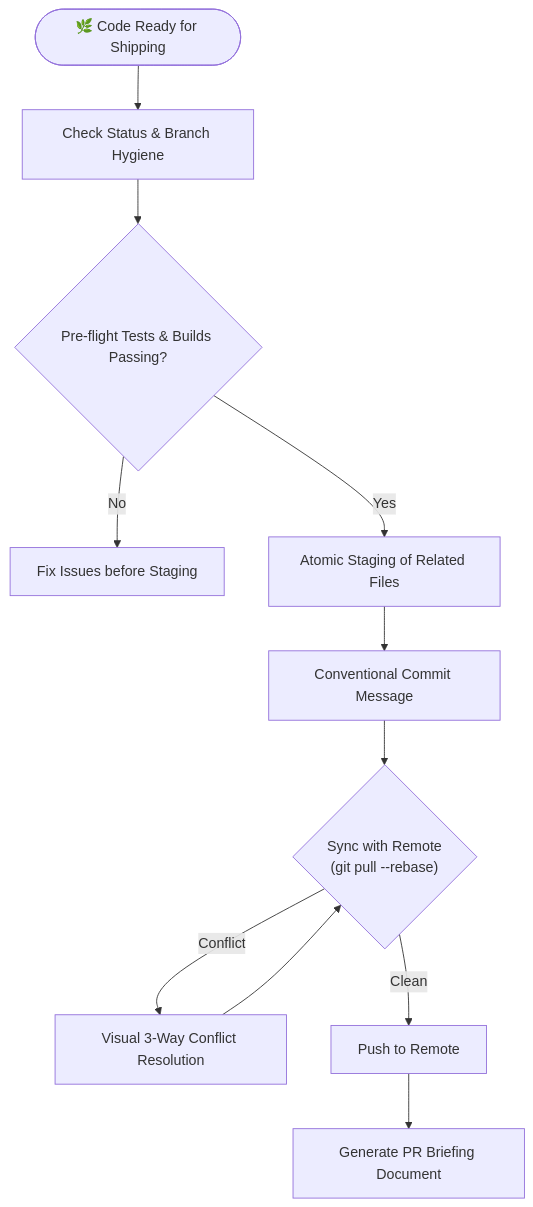
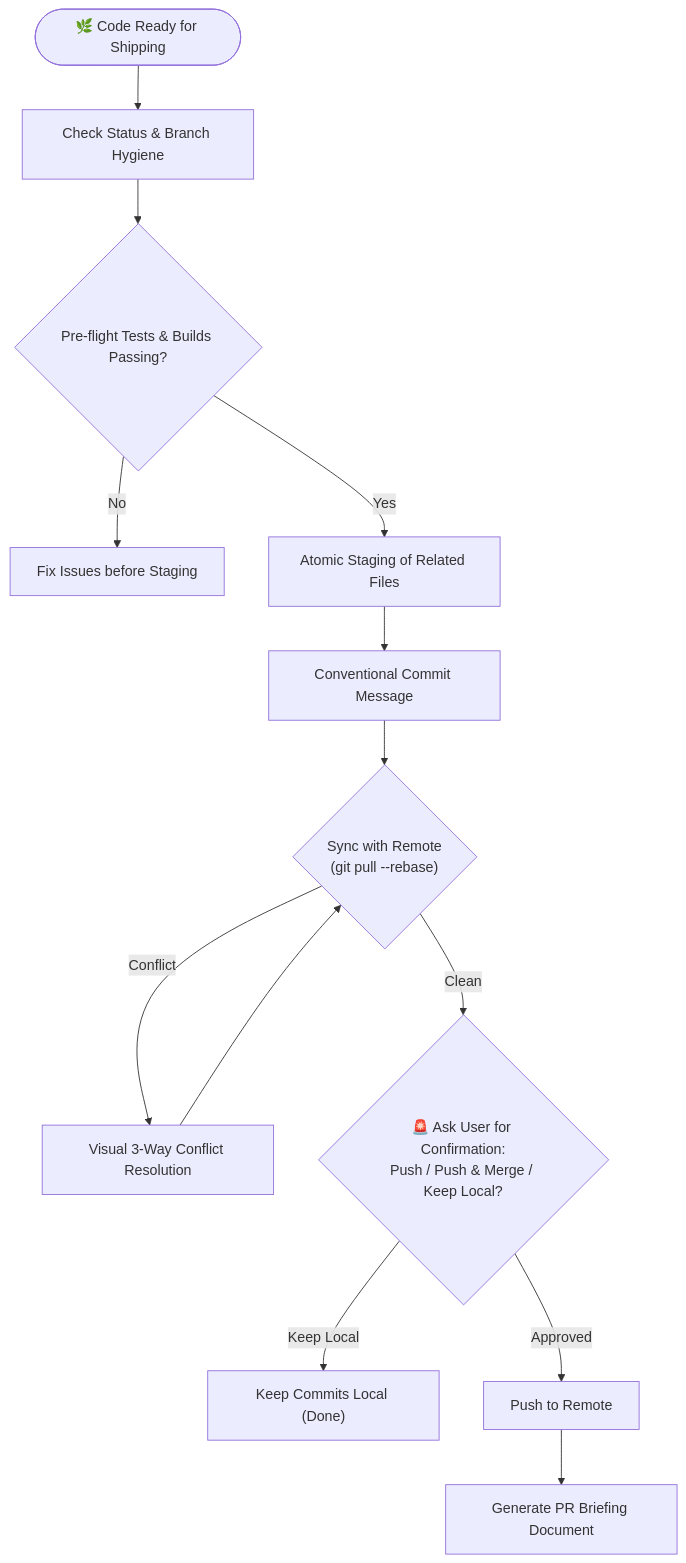
One commit to RidhwanAF/AI-Agent-Skills changed the diagram in engineer-mode/playbooks/06-git-shipping-workflow.md. Above: the diagram before and after it, drawn with Mermaid. The commit also changed other lines of this file and 6 other files, not shown here.

Commit message:
feat(git): declare mandatory user confirmation gate and zero auto-push policy

````diff
--- a/engineer-mode/playbooks/06-git-shipping-workflow.md
+++ b/engineer-mode/playbooks/06-git-shipping-workflow.md
@@ -16,13 +16,15 @@
 ```mermaid
 flowchart TD
     Start(["🌿 Code Ready for Shipping"]) --> StatusCheck["Check Status & Branch Hygiene"]
     StatusCheck --> PreFlight{"Pre-flight Tests & Builds Passing?"}
     PreFlight -->|No| Fix["Fix Issues before Staging"]
     PreFlight -->|Yes| Stage["Atomic Staging of Related Files"]
     Stage --> Commit["Conventional Commit Message"]
     Commit --> Sync{"Sync with Remote<br/>(git pull --rebase)"}
     Sync -->|Conflict| Resolve["Visual 3-Way Conflict Resolution"]
     Resolve --> Sync
-    Sync -->|Clean| Push["Push to Remote"]
+    Sync -->|Clean| ConfirmGate{"🚨 Ask User for Confirmation:<br/>Push / Push & Merge / Keep Local?"}
+    ConfirmGate -->|Keep Local| KeepLocal["Keep Commits Local (Done)"]
+    ConfirmGate -->|Approved| Push["Push to Remote"]
     Push --> PRBrief["Generate PR Briefing Document"]
 ```
````
